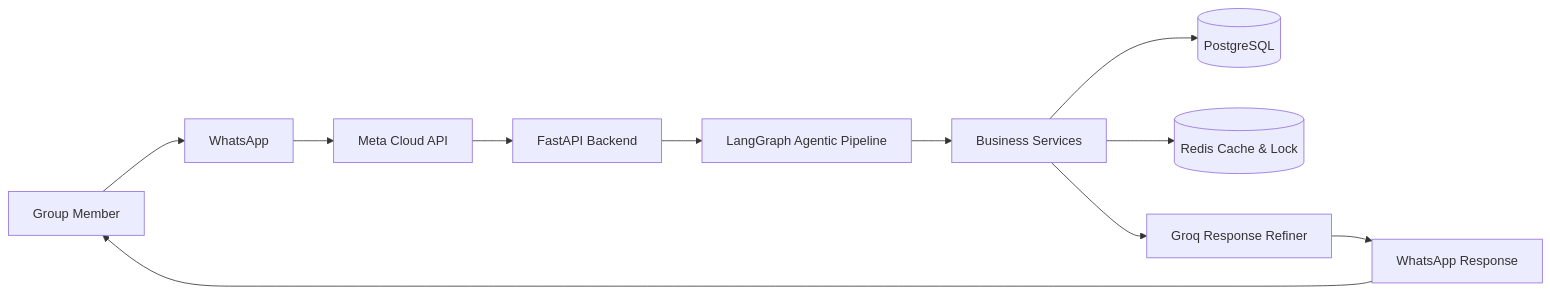
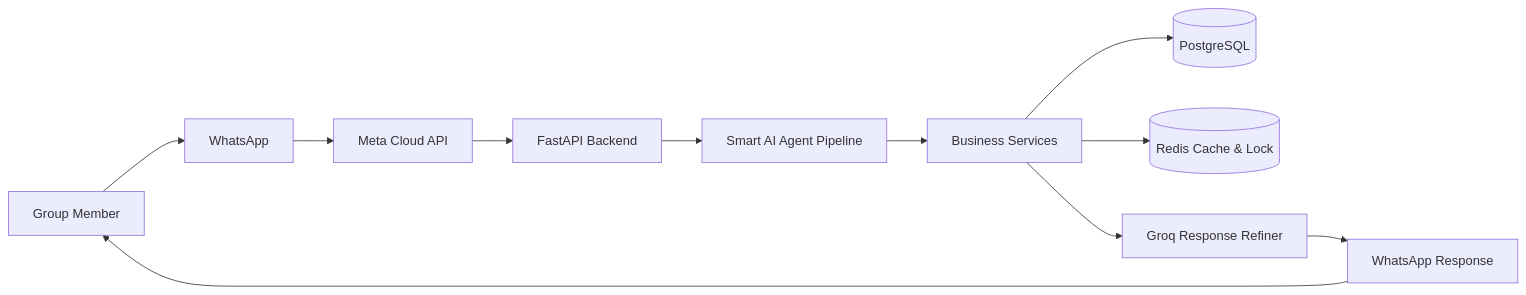
The first of 3 diagrams in README.md (Samiksha-Lohia/KharchaSaathi), drawn with Mermaid before and after one commit. The commit also changed other lines of this file and 5 other files, not shown here.

````diff
--- a/README.md
+++ b/README.md
@@ -75,14 +81,14 @@
 ```mermaid
 flowchart LR
 
 A[Group Member] --> B[WhatsApp]
 B --> C[Meta Cloud API]
 C --> D[FastAPI Backend]
-D --> E[LangGraph Agentic Pipeline]
+D --> E[Smart AI Agent Pipeline]
 E --> F[Business Services]
 F --> G[(PostgreSQL)]
 F --> H[(Redis Cache & Lock)]
 F --> I[Groq Response Refiner]
 I --> J[WhatsApp Response]
 J --> A
 ```
````
